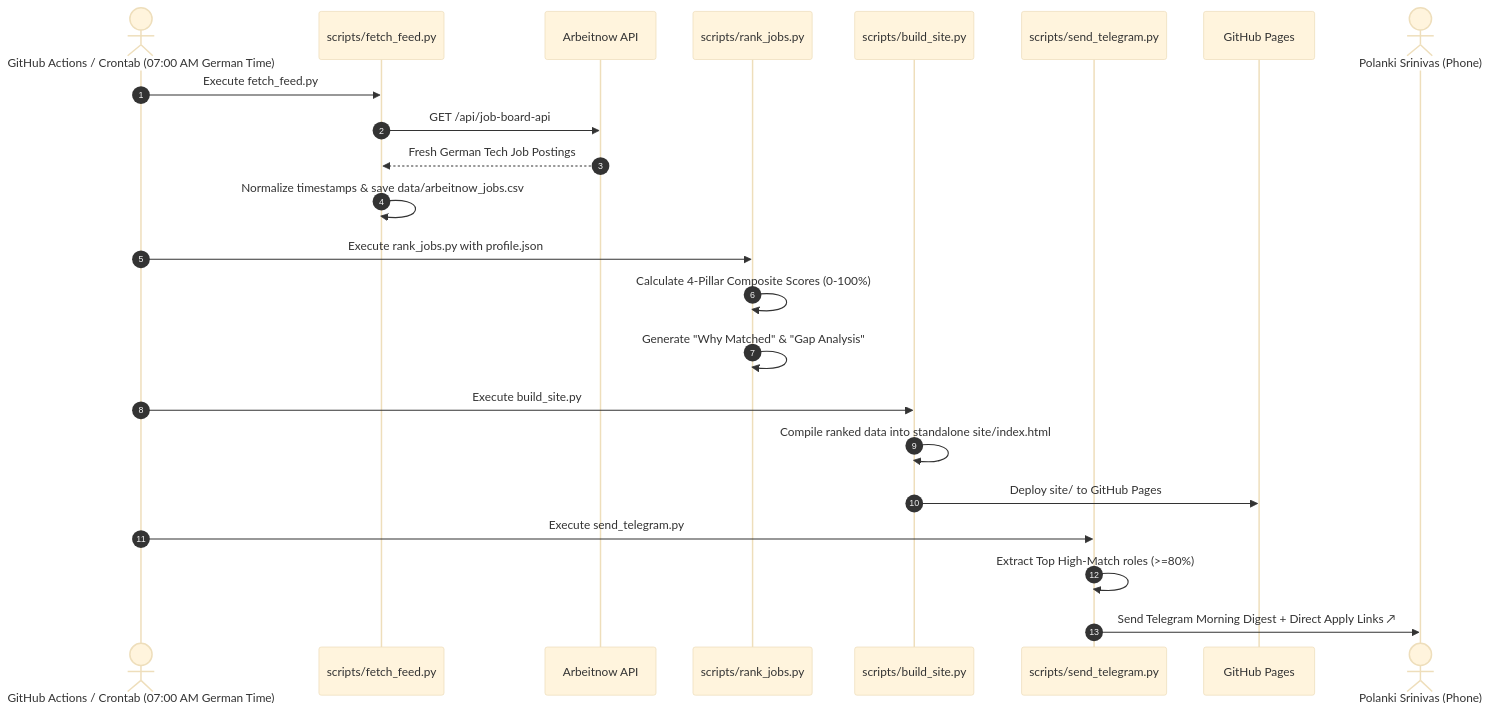
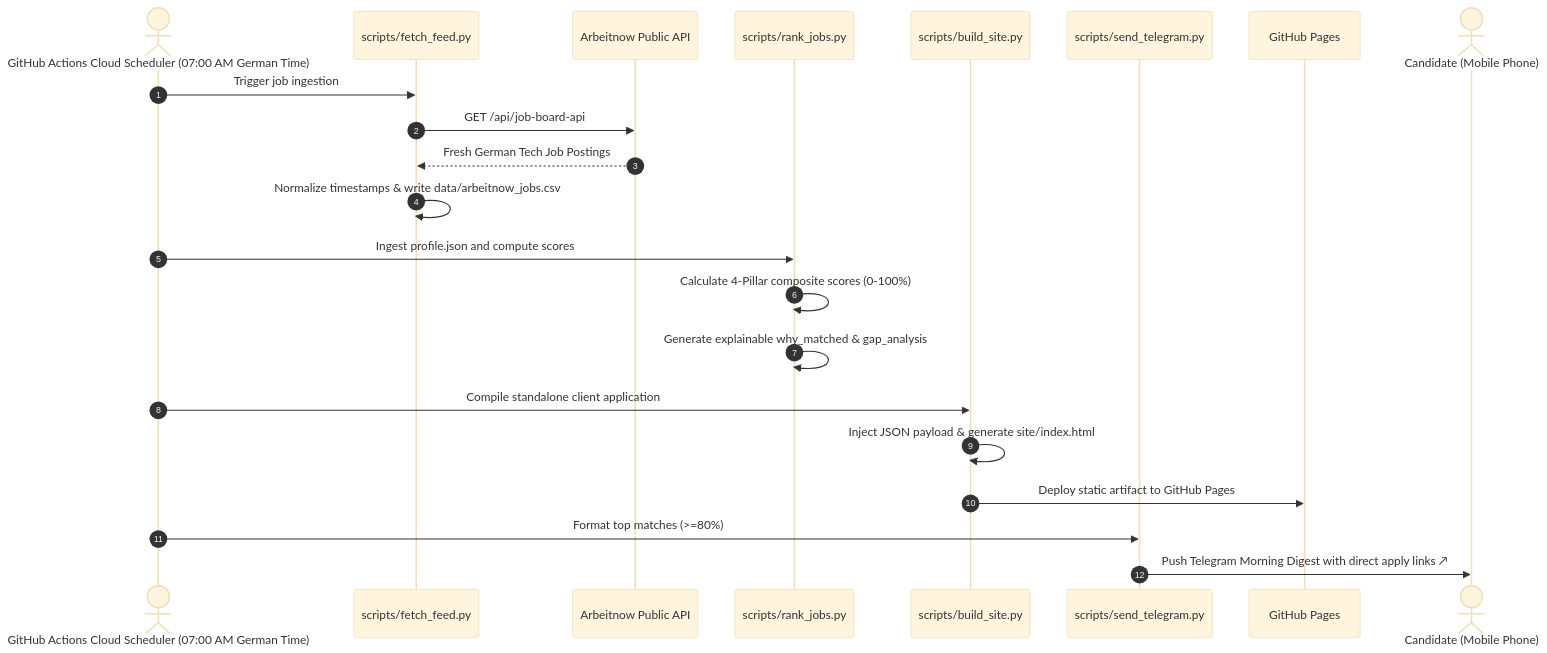
One commit to srinivaspolanki/job-radar changed the second of 2 diagrams in README.md. Above: the diagram before and after it, drawn with Mermaid (base theme). The commit also changed other lines of this file, not shown here.

Commit message:
docs: rewrite README with professional architecture, badges, and engineering formula breakdown

````diff
--- a/README.md
+++ b/README.md
@@ -65,29 +89,28 @@
 ```mermaid
 sequenceDiagram
     autonumber
-    actor Cron as GitHub Actions / Crontab (07:00 AM German Time)
+    actor Cron as GitHub Actions Cloud Scheduler (07:00 AM German Time)
     participant Fetch as scripts/fetch_feed.py
-    participant Arbeitnow as Arbeitnow API
-    participant Rank as scripts/rank_jobs.py
-    participant Build as scripts/build_site.py
+    participant API as Arbeitnow Public API
+    participant Engine as scripts/rank_jobs.py
+    participant Compiler as scripts/build_site.py
     participant Telegram as scripts/send_telegram.py
     participant Pages as GitHub Pages
-    actor Candidate as Polanki Srinivas (Phone)
+    actor Candidate as Candidate (Mobile Phone)
 
-    Cron->>Fetch: Execute fetch_feed.py
-    Fetch->>Arbeitnow: GET /api/job-board-api
-    Arbeitnow-->>Fetch: Fresh German Tech Job Postings
-    Fetch->>Fetch: Normalize timestamps & save data/arbeitnow_jobs.csv
+    Cron->>Fetch: Trigger job ingestion
+    Fetch->>API: GET /api/job-board-api
+    API-->>Fetch: Fresh German Tech Job Postings
+    Fetch->>Fetch: Normalize timestamps & write data/arbeitnow_jobs.csv
 
-    Cron->>Rank: Execute rank_jobs.py with profile.json
-    Rank->>Rank: Calculate 4-Pillar Composite Scores (0-100%)
-    Rank->>Rank: Generate "Why Matched" & "Gap Analysis"
+    Cron->>Engine: Ingest profile.json and compute scores
+    Engine->>Engine: Calculate 4-Pillar composite scores (0-100%)
+    Engine->>Engine: Generate explainable why_matched & gap_analysis
 
-    Cron->>Build: Execute build_site.py
-    Build->>Build: Compile ranked data into standalone site/index.html
-    Build->>Pages: Deploy site/ to GitHub Pages
+    Cron->>Compiler: Compile standalone client application
+    Compiler->>Compiler: Inject JSON payload & generate site/index.html
+    Compiler->>Pages: Deploy static artifact to GitHub Pages
 
-    Cron->>Telegram: Execute send_telegram.py
-    Telegram->>Telegram: Extract Top High-Match roles (>=80%)
-    Telegram->>Candidate: Send Telegram Morning Digest + Direct Apply Links ↗
+    Cron->>Telegram: Format top matches (>=80%)
+    Telegram->>Candidate: Push Telegram Morning Digest with direct apply links ↗
 ```
````
